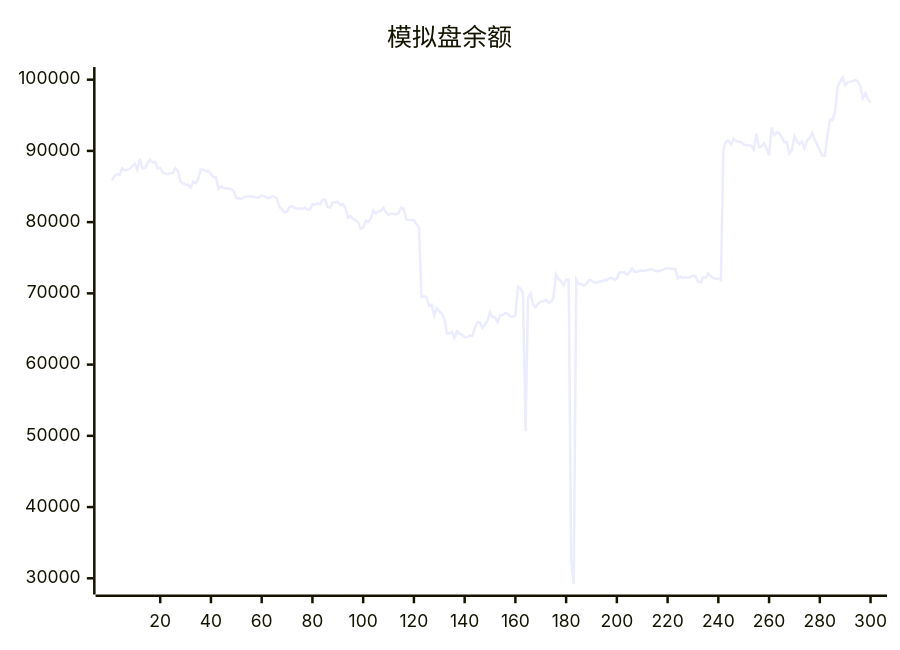
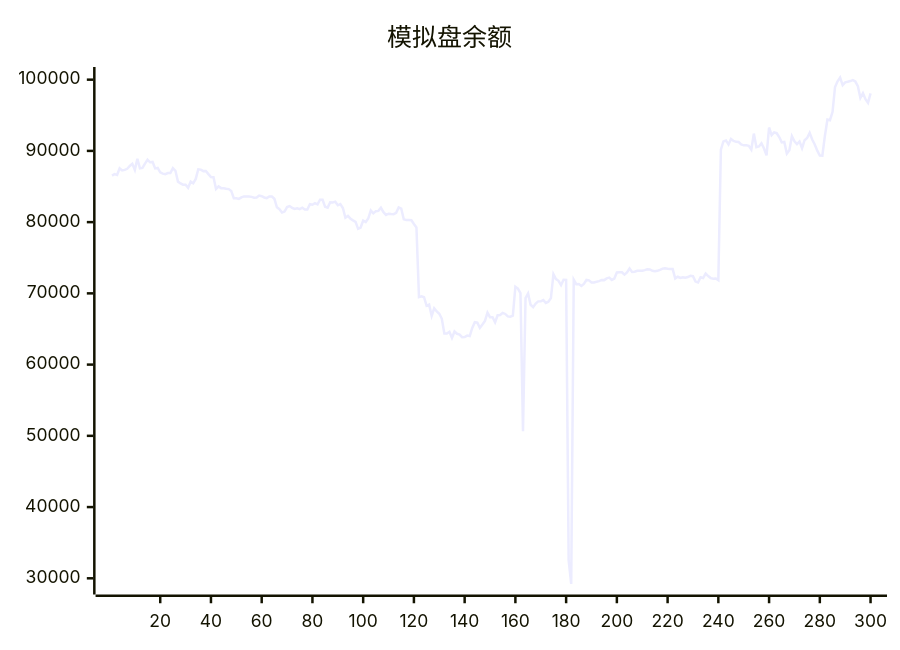
Before and after one commit to aahl/ai-trading: the diagram in README.md, drawn with Mermaid. The commit also changed other lines of this file and 1 other file, not shown here.

````diff
--- a/README.md
+++ b/README.md
@@ -5,5 +5,5 @@
 ```mermaid
 xychart
     title "模拟盘余额"
-    line [85859,86526,86740,86630,87563,87264,87335,87483,87886,88180,87335,88894,87544,87608,88207,88755,88401,88444,87543,87608,87000,86810,86740,86894,86884,87576,87209,85686,85435,85251,85255,84820,85689,85453,86066,87420,87373,87161,87178,86740,86341,86315,84643,85012,84772,84768,84690,84635,84376,83360,83357,83259,83474,83608,83606,83602,83548,83440,83454,83724,83644,83464,83365,83590,83592,83275,82072,81806,81344,81492,82109,82254,82006,81848,81955,81829,82022,81769,81776,82522,82441,82656,82498,83144,83144,82150,82038,82797,82763,82872,82367,82536,81981,80612,80862,80484,80242,80034,79063,79245,80226,80016,80507,81625,81233,81544,81578,82016,81401,81019,81186,81130,81118,81306,82066,81909,80392,80304,80291,80258,79729,79261,69466,69579,69456,68251,68415,66832,67911,67462,67144,66432,64380,64375,64606,63740,64647,64324,64216,63842,63877,64078,64008,65156,65945,65888,65157,65625,66144,67284,66653,66639,65924,66925,66956,67263,67108,66766,66729,66886,70927,70673,70049,50652,69334,69973,68400,68061,68578,68876,68879,69055,68662,68822,69329,72687,71999,71760,71162,71911,71896,32500,29218,71927,71297,71305,71044,71337,71883,71822,71536,71536,71622,71723,71880,71860,72100,72216,71887,72077,72940,72976,72966,72638,72948,73497,73004,73041,73173,73160,73186,73258,73375,73351,73173,73098,73161,73305,73474,73536,73457,73413,73412,72100,72333,72164,72272,72204,72285,72461,72421,71652,71521,72267,72157,72774,72424,72144,72060,72091,71858,90185,91338,91466,90900,91678,91404,91268,91244,90903,90779,90787,90721,90187,92429,90518,90619,91070,90328,89376,93286,92202,92581,92485,91947,91196,91259,89619,90086,92063,91355,90950,91327,90373,91498,91800,92531,91603,90910,90031,89351,89334,92097,94406,94315,95455,98972,99763,100286,99229,99622,99701,99805,99938,99738,99082,97430,98094,97267,96741]
+    line [86526,86740,86630,87563,87264,87335,87483,87886,88180,87335,88894,87544,87608,88207,88755,88401,88444,87543,87608,87000,86810,86740,86894,86884,87576,87209,85686,85435,85251,85255,84820,85689,85453,86066,87420,87373,87161,87178,86740,86341,86315,84643,85012,84772,84768,84690,84635,84376,83360,83357,83259,83474,83608,83606,83602,83548,83440,83454,83724,83644,83464,83365,83590,83592,83275,82072,81806,81344,81492,82109,82254,82006,81848,81955,81829,82022,81769,81776,82522,82441,82656,82498,83144,83144,82150,82038,82797,82763,82872,82367,82536,81981,80612,80862,80484,80242,80034,79063,79245,80226,80016,80507,81625,81233,81544,81578,82016,81401,81019,81186,81130,81118,81306,82066,81909,80392,80304,80291,80258,79729,79261,69466,69579,69456,68251,68415,66832,67911,67462,67144,66432,64380,64375,64606,63740,64647,64324,64216,63842,63877,64078,64008,65156,65945,65888,65157,65625,66144,67284,66653,66639,65924,66925,66956,67263,67108,66766,66729,66886,70927,70673,70049,50652,69334,69973,68400,68061,68578,68876,68879,69055,68662,68822,69329,72687,71999,71760,71162,71911,71896,32500,29218,71927,71297,71305,71044,71337,71883,71822,71536,71536,71622,71723,71880,71860,72100,72216,71887,72077,72940,72976,72966,72638,72948,73497,73004,73041,73173,73160,73186,73258,73375,73351,73173,73098,73161,73305,73474,73536,73457,73413,73412,72100,72333,72164,72272,72204,72285,72461,72421,71652,71521,72267,72157,72774,72424,72144,72060,72091,71858,90185,91338,91466,90900,91678,91404,91268,91244,90903,90779,90787,90721,90187,92429,90518,90619,91070,90328,89376,93286,92202,92581,92485,91947,91196,91259,89619,90086,92063,91355,90950,91327,90373,91498,91800,92531,91603,90910,90031,89351,89334,92097,94406,94315,95455,98972,99763,100286,99229,99622,99701,99805,99938,99738,99082,97430,98094,97267,96741,98081]
 ```
````
